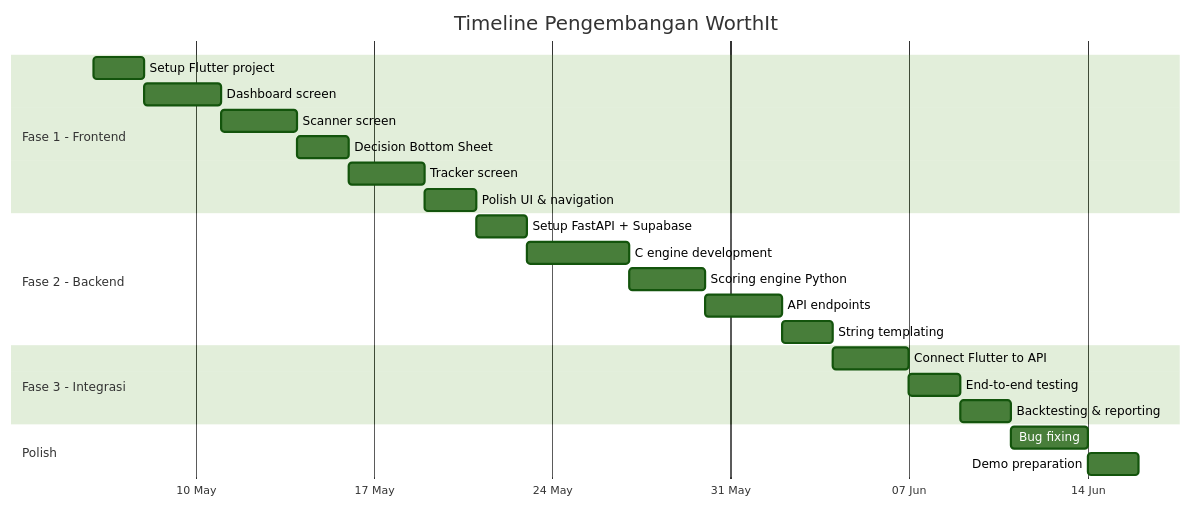
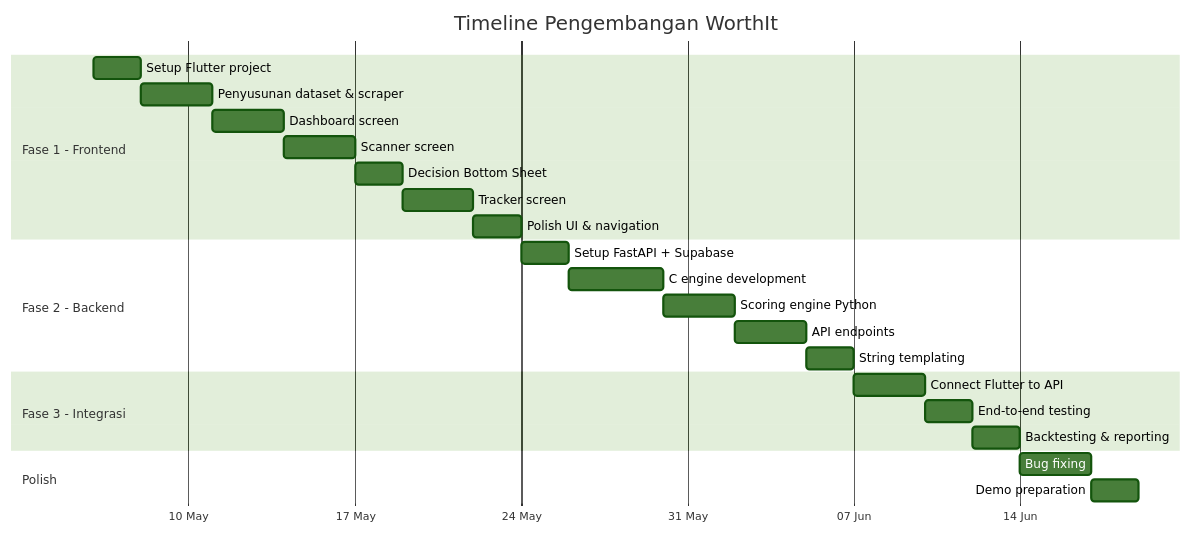
Before and after one commit to chulopp/WorthIt: the diagram in docs/PRD_WorthIt_Part2.md, drawn with Mermaid (forest theme). The commit also changed other lines of this file and 3291 other files, not shown here.

````diff
--- a/docs/PRD_WorthIt_Part2.md
+++ b/docs/PRD_WorthIt_Part2.md
@@ -629,30 +709,31 @@
 ```mermaid
 gantt
     title Timeline Pengembangan WorthIt
     dateFormat YYYY-MM-DD
     axisFormat %d %b
 
     section Fase 1 - Frontend
     Setup Flutter project        :f1, 2026-05-06, 2d
-    Dashboard screen             :f2, after f1, 3d
+    Penyusunan dataset & scraper :f1a, after f1, 3d
+    Dashboard screen             :f2, after f1a, 3d
     Scanner screen               :f3, after f2, 3d
     Decision Bottom Sheet        :f4, after f3, 2d
     Tracker screen               :f5, after f4, 3d
     Polish UI & navigation       :f6, after f5, 2d
 
     section Fase 2 - Backend
     Setup FastAPI + Supabase     :b1, after f6, 2d
     C engine development         :b2, after b1, 4d
     Scoring engine Python        :b3, after b2, 3d
     API endpoints                :b4, after b3, 3d
     String templating            :b5, after b4, 2d
 
     section Fase 3 - Integrasi
     Connect Flutter to API       :i1, after b5, 3d
     End-to-end testing           :i2, after i1, 2d
     Backtesting & reporting      :i3, after i2, 2d
 
     section Polish
     Bug fixing                   :p1, after i3, 3d
     Demo preparation             :p2, after p1, 2d
 ```
````
